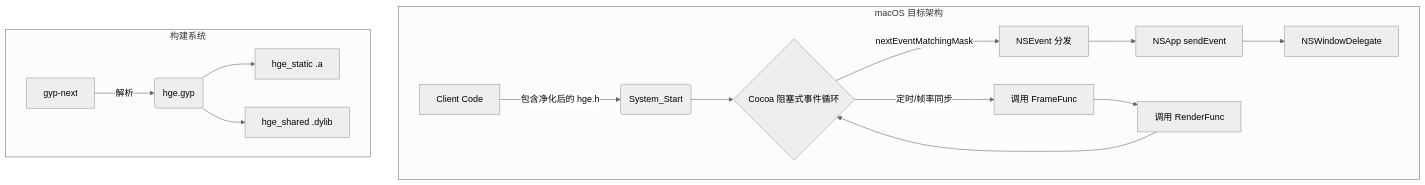
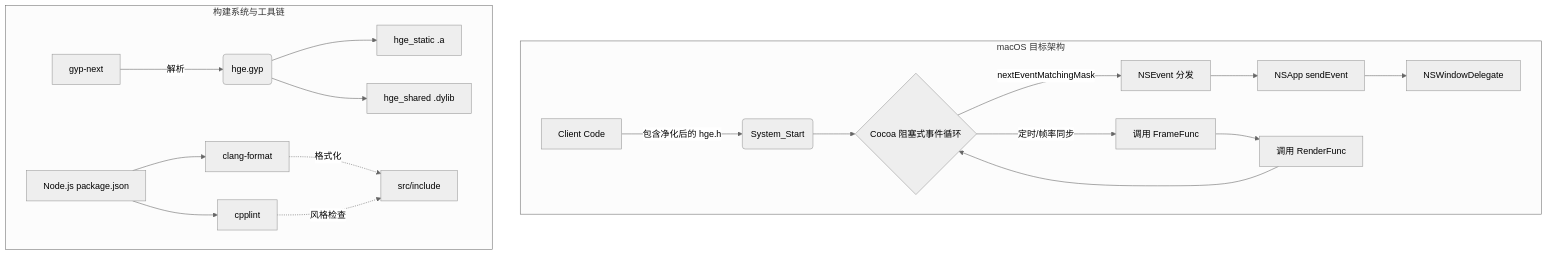
One commit to XadillaX/HGEA changed the second of 2 diagrams in .trae/rfc/02-hge-mac-base-gyp.md. Above: the diagram before and after it, drawn with Mermaid (neutral theme). The commit also changed other lines of this file, not shown here.

````diff
--- a/.trae/rfc/02-hge-mac-base-gyp.md
+++ b/.trae/rfc/02-hge-mac-base-gyp.md
@@ -128,19 +138,24 @@
 ```mermaid
 graph TD
     subgraph macOS 目标架构
         A[Client Code] -->|包含净化后的 hge.h| B(System_Start)
         B --> C{Cocoa 阻塞式事件循环}
         C -->|nextEventMatchingMask| D[NSEvent 分发]
         D --> E[NSApp sendEvent]
         E --> F[NSWindowDelegate]
         C -->|定时/帧率同步| G[调用 FrameFunc]
         G --> H[调用 RenderFunc]
         H --> C
     end
     
-    subgraph 构建系统
+    subgraph 构建系统与工具链
         I[gyp-next] -->|解析| J(hge.gyp)
         J --> K[hge_static .a]
         J --> L[hge_shared .dylib]
+        
+        M[Node.js package.json] --> N[clang-format]
+        M --> O[cpplint]
+        N -.->|格式化| src/include
+        O -.->|风格检查| src/include
     end
 ```
````
